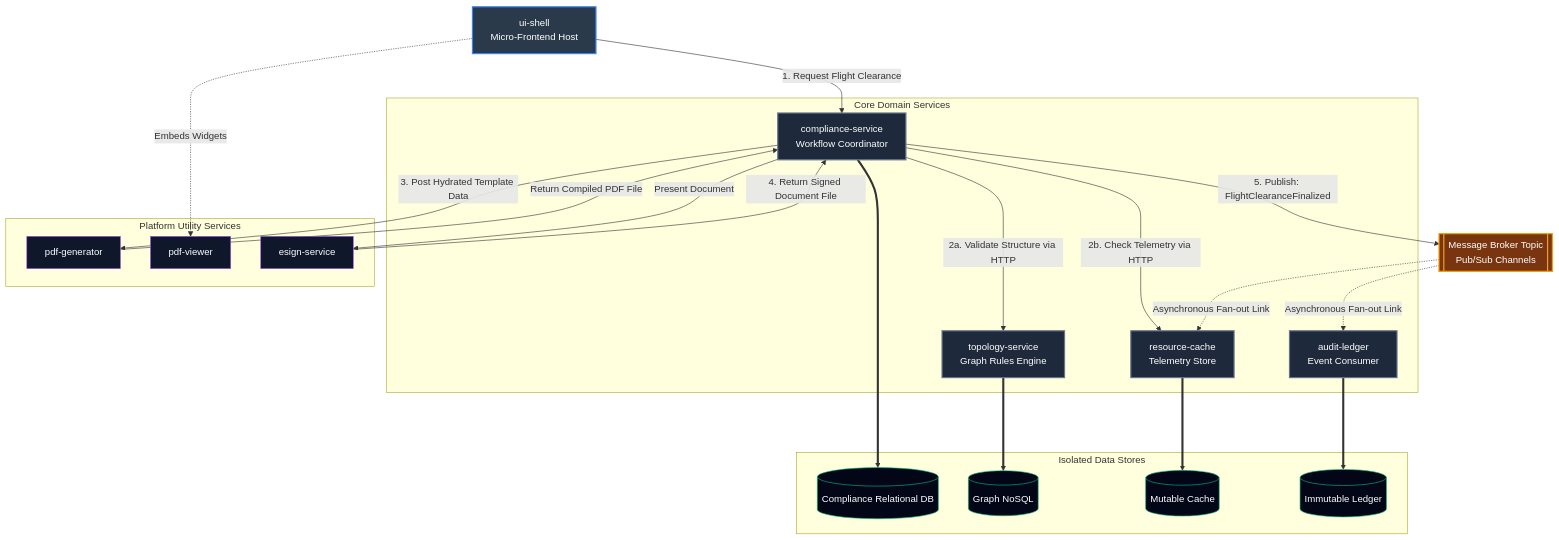
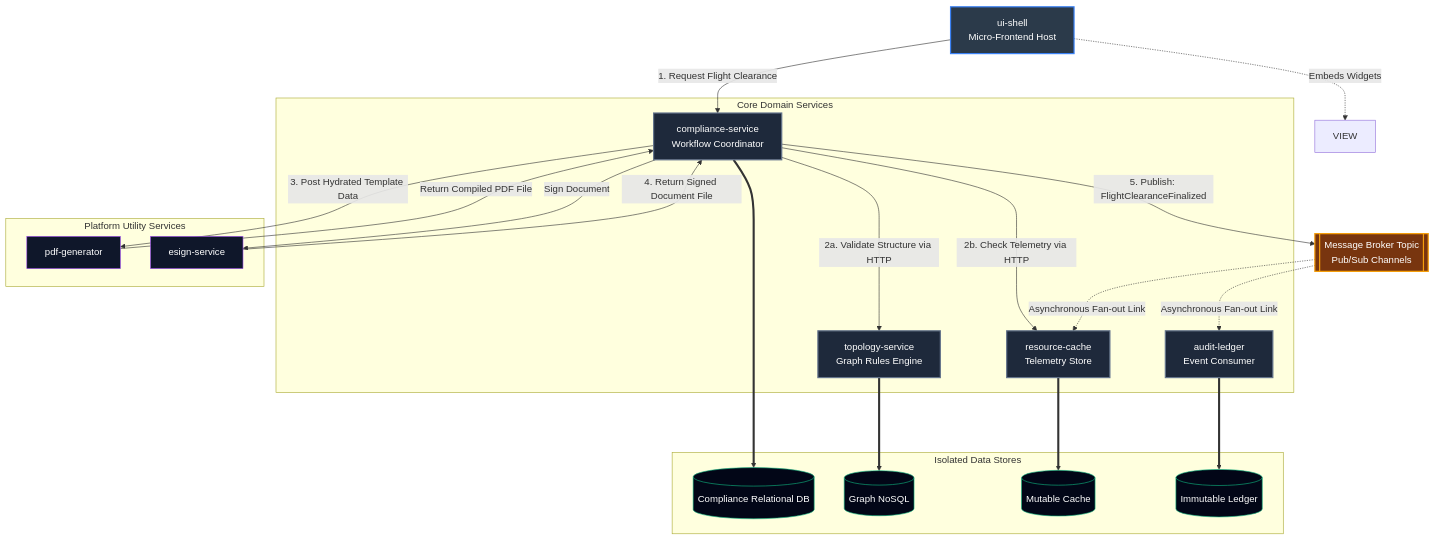
Before and after one commit to Brickwall72/distributed-systems-architecture-portfolio: the diagram in README.md, drawn with Mermaid. The commit also changed other lines of this file and 16 other files, not shown here.

Commit message:
chore(platform): decommission pdf-viewer service and prune repository configurations (#49)

````diff
--- a/README.md
+++ b/README.md
@@ -12,58 +12,57 @@
 ```mermaid
 graph TD
 	%% Define Styles for Aerospace theme
 	classDef ui fill:#2b3a4a,stroke:#3b82f6,stroke-width:2px,color:#fff;
 	classDef core fill:#1e293b,stroke:#64748b,stroke-width:2px,color:#fff;
 	classDef platform fill:#0f172a,stroke:#a855f7,stroke-width:1px,color:#fff;
 	classDef database fill:#020617,stroke:#10b981,stroke-width:1px,color:#fff;
 	classDef broker fill:#78350f,stroke:#f59e0b,stroke-width:2px,color:#fff;
 
 	%% Elements
 	UI[ui-shell <br> Micro-Frontend Host]:::ui
 	
 	subgraph Core Domain Services [Core Domain Services]
 		COMP[compliance-service <br> Workflow Coordinator]:::core
 		TOPO[topology-service <br> Graph Rules Engine]:::core
 		CACHE[resource-cache <br> Telemetry Store]:::core
 		LEDGER[audit-ledger <br> Event Consumer]:::core
 	end
 
 	subgraph Platform Utilities [Platform Utility Services]
 		PDF[pdf-generator]:::platform
-		VIEW[pdf-viewer]:::platform
 		SIGN[esign-service]:::platform
 	end
 
 	subgraph Storage Layer [Isolated Data Stores]
 		DB_C[(Compliance Relational DB)]:::database
 		DB_G[(Graph NoSQL)]:::database
 		DB_M[(Mutable Cache)]:::database
 		DB_I[(Immutable Ledger)]:::database
 	end
 
 	MB[[Message Broker Topic <br> Pub/Sub Channels]]:::broker
 
 	%% Parallel Validation Interactions
 	UI -->|1. Request Flight Clearance| COMP
 	UI -.->|Embeds Widgets| VIEW
 	
 	COMP -->|2a. Validate Structure via HTTP | TOPO
 	COMP -->|2b. Check Telemetry via HTTP | CACHE
 	
 	TOPO ===> DB_G
 	CACHE ===> DB_M
 	
 	%% Document Execution Loop
 	COMP -->|3. Post Hydrated Template Data| PDF
 	PDF -->|Return Compiled PDF File| COMP
-	COMP -->|Present Document| SIGN
+	COMP -->|Sign Document| SIGN
 	SIGN -->|4. Return Signed Document File| COMP
 	COMP ===> DB_C
 	
 	%% Async Pub/Sub Broadcast Loop
 	COMP -->|5. Publish: FlightClearanceFinalized| MB
 	MB -.->|Asynchronous Fan-out Link| CACHE
 	MB -.->|Asynchronous Fan-out Link| LEDGER
 	
 	LEDGER ===> DB_I
 ```
````
